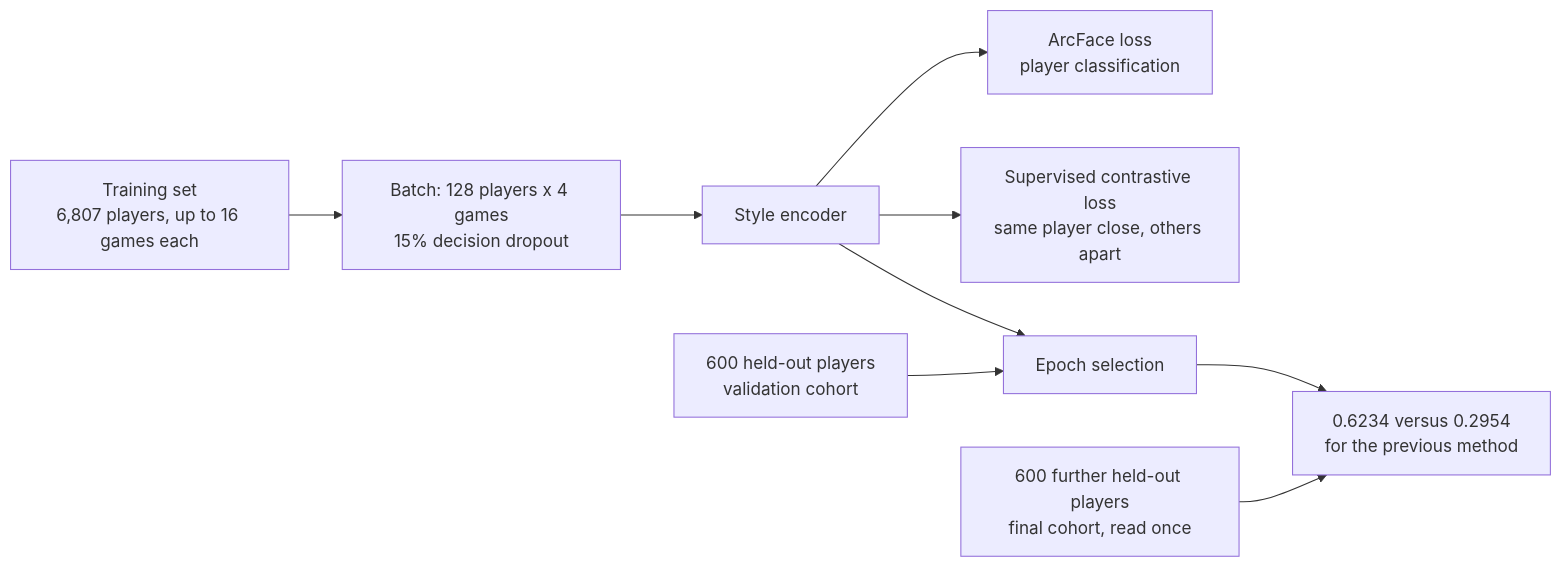
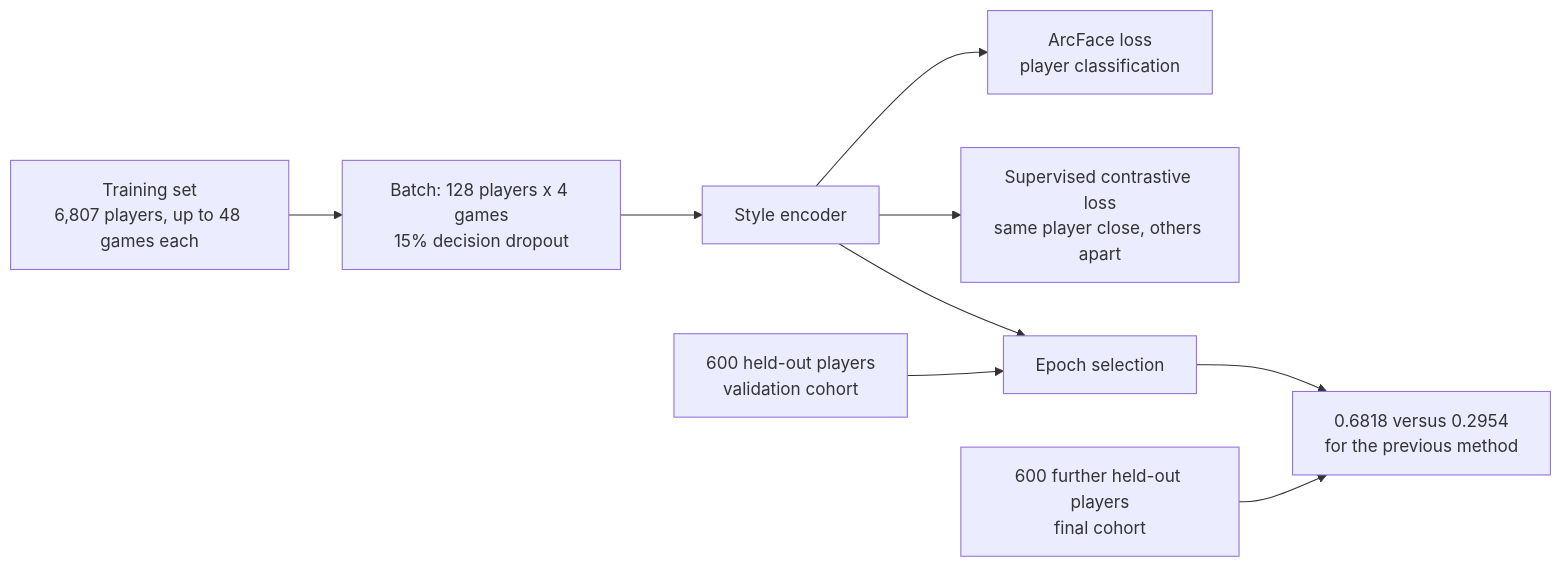
Before and after one commit to richard880502/AICUP2026_GO: the second of 3 diagrams in README.md, drawn with Mermaid. The commit also changed other lines of this file and 3 other files, not shown here.

````diff
--- a/README.md
+++ b/README.md
@@ -73,11 +73,11 @@
 ```mermaid
 flowchart LR
-    TRAIN["Training set<br/>6,807 players, up to 16 games each"] --> BATCH["Batch: 128 players x 4 games<br/>15% decision dropout"]
+    TRAIN["Training set<br/>6,807 players, up to 48 games each"] --> BATCH["Batch: 128 players x 4 games<br/>15% decision dropout"]
     BATCH --> ENC["Style encoder"]
     ENC --> ARC["ArcFace loss<br/>player classification"]
     ENC --> CON["Supervised contrastive loss<br/>same player close, others apart"]
     VAL["600 held-out players<br/>validation cohort"] --> SELECT["Epoch selection"]
     ENC --> SELECT
-    FINAL["600 further held-out players<br/>final cohort, read once"] --> REPORT["0.6234 versus 0.2954<br/>for the previous method"]
+    FINAL["600 further held-out players<br/>final cohort"] --> REPORT["0.6818 versus 0.2954<br/>for the previous method"]
     SELECT --> REPORT
 ```
````
